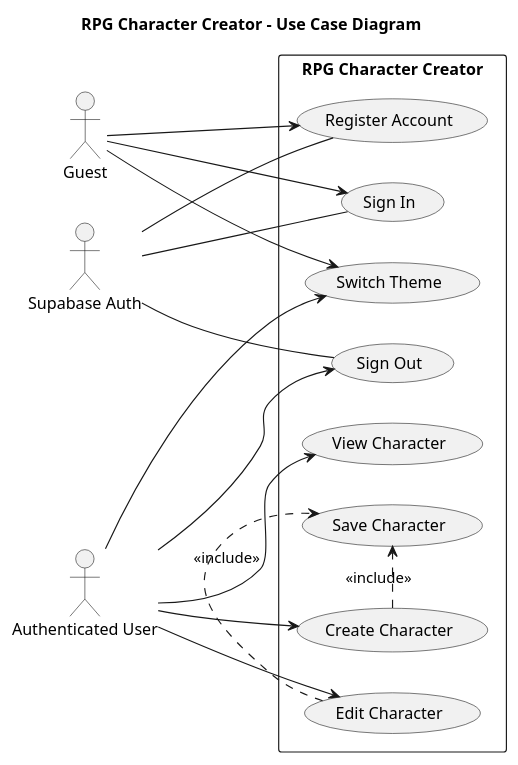
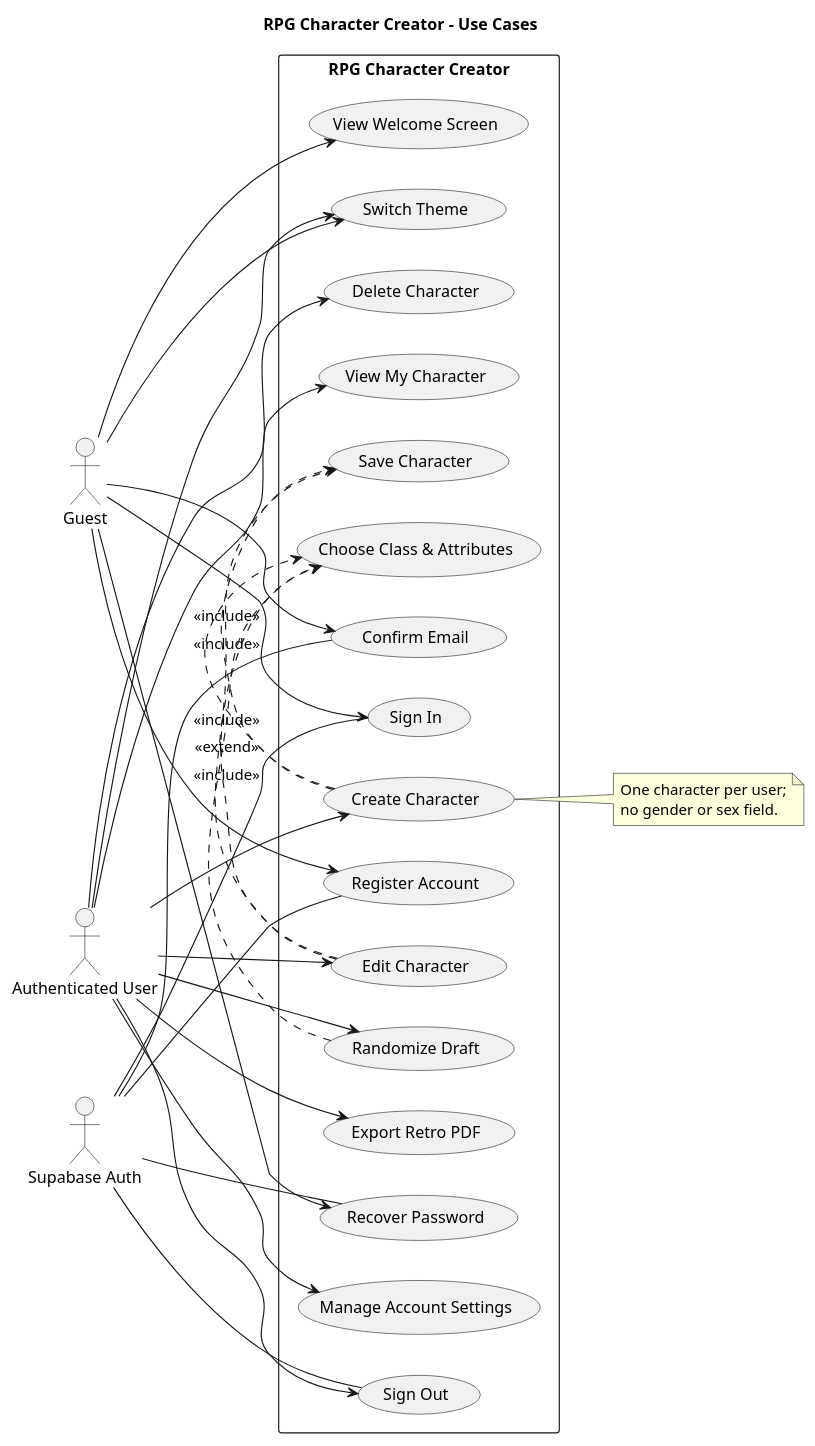
One commit to AlexandroLeao/rpg-character-creator changed the diagram in docs/uml/use-cases.puml. Above: the diagram before and after it, drawn with PlantUML.

Commit message:
docs: update user journeys and use case diagram

```diff
--- a/docs/uml/use-cases.puml
+++ b/docs/uml/use-cases.puml
@@ -1,42 +1,66 @@
 @startuml
-title RPG Character Creator - Use Case Diagram
+title RPG Character Creator - Use Cases
 
 left to right direction
 skinparam shadowing false
 skinparam packageStyle rectangle
 
 actor "Guest" as Guest
 actor "Authenticated User" as User
 actor "Supabase Auth" as Auth
 
 rectangle "RPG Character Creator" {
-    usecase "Register Account" as UC_Register
-    usecase "Sign In" as UC_Login
-    usecase "Sign Out" as UC_Logout
+    usecase "View Welcome Screen" as Welcome
+    usecase "Register Account" as Register
+    usecase "Confirm Email" as Confirm
+    usecase "Sign In" as Login
+    usecase "Recover Password" as Recover
+    usecase "Sign Out" as Logout
+    usecase "Manage Account Settings" as Settings
 
-    usecase "Create Character" as UC_Create
-    usecase "View Character" as UC_View
-    usecase "Edit Character" as UC_Edit
-    usecase "Save Character" as UC_Save
-
-    usecase "Switch Theme" as UC_Theme
+    usecase "Create Character" as Create
+    usecase "Choose Class & Attributes" as Choose
+    usecase "Randomize Draft" as Randomize
+    usecase "Save Character" as Save
+    usecase "View My Character" as View
+    usecase "Edit Character" as Edit
+    usecase "Export Retro PDF" as Export
+    usecase "Delete Character" as Delete
+    usecase "Switch Theme" as Theme
 }
 
-Guest --> UC_Register
-Guest --> UC_Login
-Guest --> UC_Theme
+Guest --> Welcome
+Guest --> Register
+Guest --> Login
+Guest --> Recover
+Guest --> Confirm
+Guest --> Theme
 
-User --> UC_Logout
-User --> UC_Create
-User --> UC_View
-User --> UC_Edit
-User --> UC_Theme
+User --> Logout
+User --> Settings
+User --> Create
+User --> View
+User --> Edit
+User --> Export
+User --> Delete
+User --> Theme
 
-UC_Create .> UC_Save : <<include>>
-UC_Edit .> UC_Save : <<include>>
+Create .> Choose : <<include>>
+Create .> Save : <<include>>
+Edit .> Choose : <<include>>
+Edit .> Save : <<include>>
+Randomize .> Choose : <<extend>>
+User --> Randomize
 
-Auth -- UC_Register
-Auth -- UC_Login
-Auth -- UC_Logout
+Auth -- Register
+Auth -- Confirm
+Auth -- Login
+Auth -- Recover
+Auth -- Logout
+
+note right of Create
+  One character per user;
+  no gender or sex field.
+end note
 
 @enduml
```
